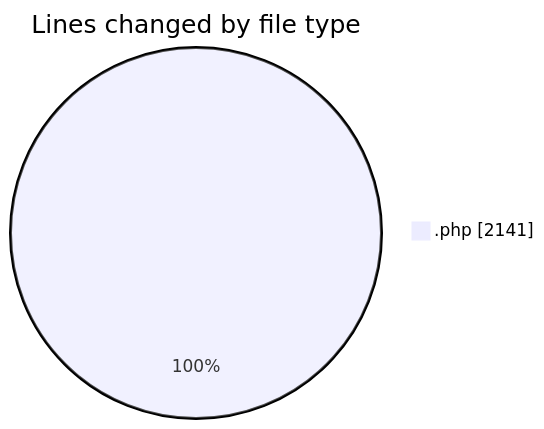
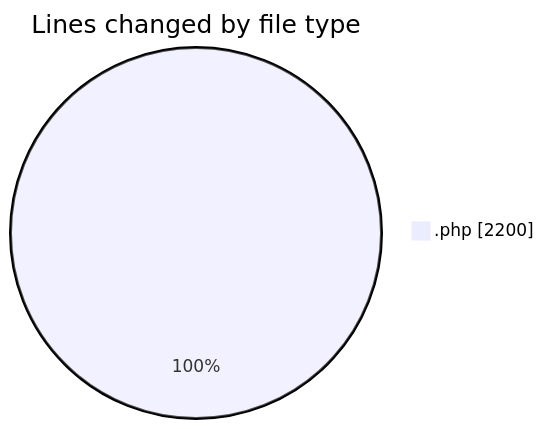
Before and after one commit to debugP/code-tracking: the first of 2 diagrams in 2025-10-22/untitled__workspace_/README.md, drawn with Mermaid. The commit also changed other lines of this file and 1 other file, not shown here.

````diff
--- a/2025-10-22/untitled__workspace_/README.md
+++ b/2025-10-22/untitled__workspace_/README.md
@@ -20,5 +20,5 @@
 ```mermaid
 pie showData
 title Lines changed by file type
-".php" : 2141
+".php" : 2200
 ```
````
